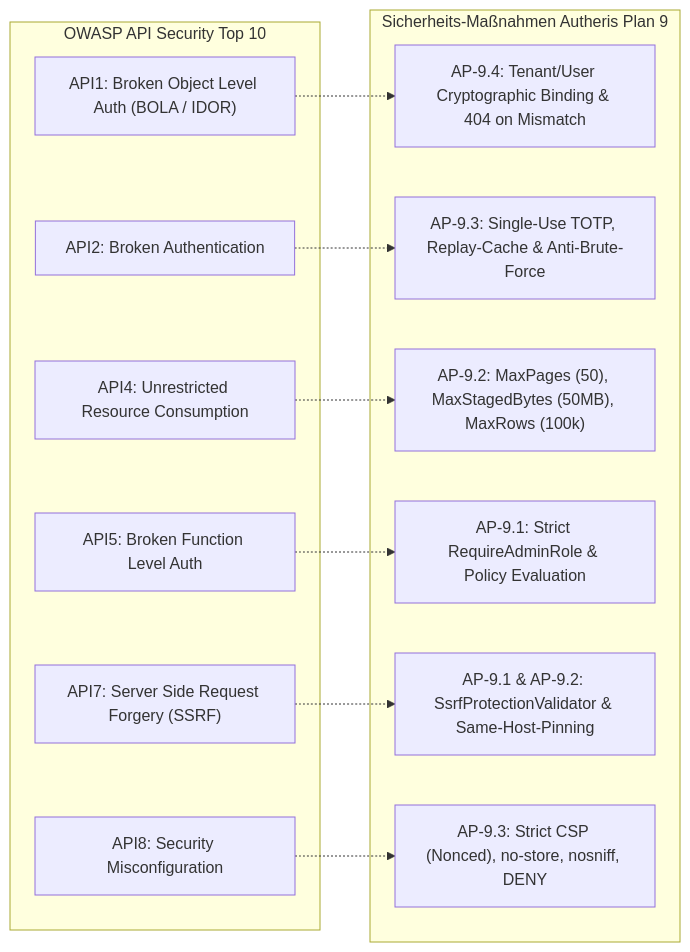
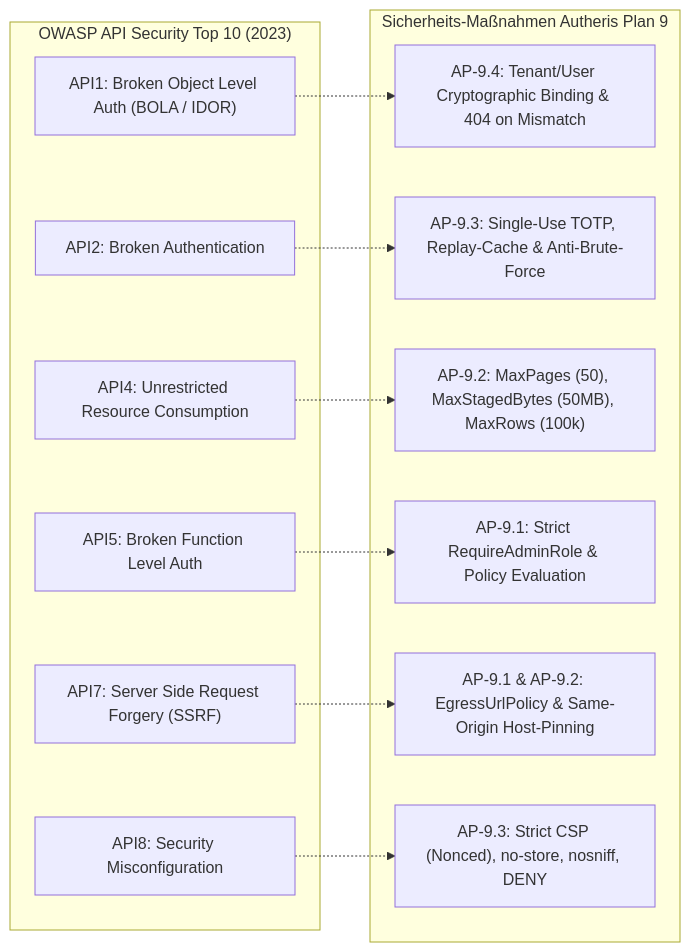
One commit to themulle/autheris changed the sixth of 7 diagrams in docs/plans/2026-10-09-implementierungsplan-restliche-luecken-onboarding-pagination-ui-jobs.md. Above: the diagram before and after it, drawn with Mermaid. The commit also changed other lines of this file, not shown here.

Commit message:
docs(architecture): deep technical detail and specifications for Plan 9

````diff
--- a/docs/plans/2026-10-09-implementierungsplan-restliche-luecken-onboarding-pagination-ui-jobs.md
+++ b/docs/plans/2026-10-09-implementierungsplan-restliche-luecken-onboarding-pagination-ui-jobs.md
@@ -295,27 +900,27 @@
 ```mermaid
 flowchart LR
-    subgraph OWASP["OWASP API Security Top 10"]
+    subgraph OWASP["OWASP API Security Top 10 (2023)"]
         API1["API1: Broken Object Level Auth (BOLA / IDOR)"]
         API2["API2: Broken Authentication"]
         API4["API4: Unrestricted Resource Consumption"]
         API5["API5: Broken Function Level Auth"]
         API7["API7: Server Side Request Forgery (SSRF)"]
         API8["API8: Security Misconfiguration"]
     end
 
     subgraph MITIGATIONS["Sicherheits-Maßnahmen Autheris Plan 9"]
         M1["AP-9.4: Tenant/User Cryptographic Binding & 404 on Mismatch"]
         M2["AP-9.3: Single-Use TOTP, Replay-Cache & Anti-Brute-Force"]
         M4["AP-9.2: MaxPages (50), MaxStagedBytes (50MB), MaxRows (100k)"]
         M5["AP-9.1: Strict RequireAdminRole & Policy Evaluation"]
-        M7["AP-9.1 & AP-9.2: SsrfProtectionValidator & Same-Host-Pinning"]
+        M7["AP-9.1 & AP-9.2: EgressUrlPolicy & Same-Origin Host-Pinning"]
         M8["AP-9.3: Strict CSP (Nonced), no-store, nosniff, DENY"]
     end
 
     API1 -.-> M1
     API2 -.-> M2
     API4 -.-> M4
     API5 -.-> M5
     API7 -.-> M7
     API8 -.-> M8
 ```
````
